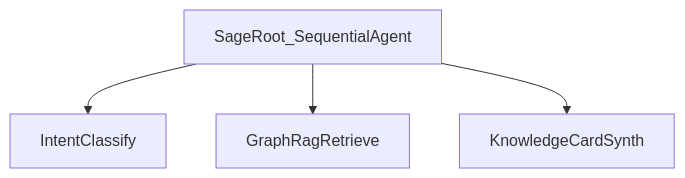
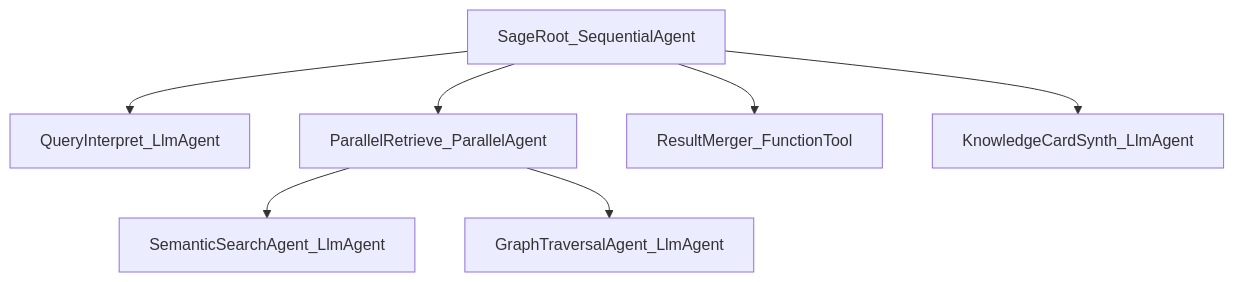
The second of 3 diagrams in docs/google-java-adk-usage.md (ShivendraGupta13/sage-ai), drawn with Mermaid before and after one commit. The commit also changed other lines of this file and 3 other files, not shown here.

Commit message:
Update feature document to v1.1, enhancing query interpretation, database population, and confidence scoring. Revise architecture and ADK documentation to reflect changes in the ask-time pipeline and retrieval processes. Add decision points for implementation clarity.

````diff
--- a/docs/google-java-adk-usage.md
+++ b/docs/google-java-adk-usage.md
@@ -78,11 +97,17 @@
 ```mermaid
 flowchart TB
   Root[SageRoot_SequentialAgent]
-  Intent[IntentClassify]
-  GraphRag[GraphRagRetrieve]
-  Synth[KnowledgeCardSynth]
+  QI[QueryInterpret_LlmAgent]
+  PA[ParallelRetrieve_ParallelAgent]
+  SS[SemanticSearchAgent_LlmAgent]
+  GT[GraphTraversalAgent_LlmAgent]
+  RM[ResultMerger_FunctionTool]
+  Synth[KnowledgeCardSynth_LlmAgent]
 
-  Root --> Intent
-  Root --> GraphRag
+  Root --> QI
+  Root --> PA
+  PA --> SS
+  PA --> GT
+  Root --> RM
   Root --> Synth
 ```
````
